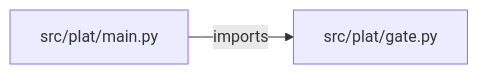
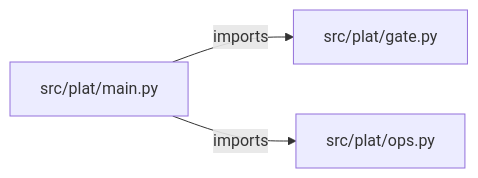
The diagram in PROJECT_ARCHITECTURE.md (iarsingh/internal-developer-platform), drawn with Mermaid before and after one commit. The commit also changed other lines of this file and 2 other files, not shown here.

Commit message:
Refresh architecture and interview guides from current implementation

````diff
--- a/PROJECT_ARCHITECTURE.md
+++ b/PROJECT_ARCHITECTURE.md
@@ -13,6 +13,8 @@
 ```mermaid
 flowchart LR
     M0["src/plat/gate.py"]
     M1["src/plat/main.py"]
+    M2["src/plat/ops.py"]
     M1 -->|imports| M0
+    M1 -->|imports| M2
 ```
````
